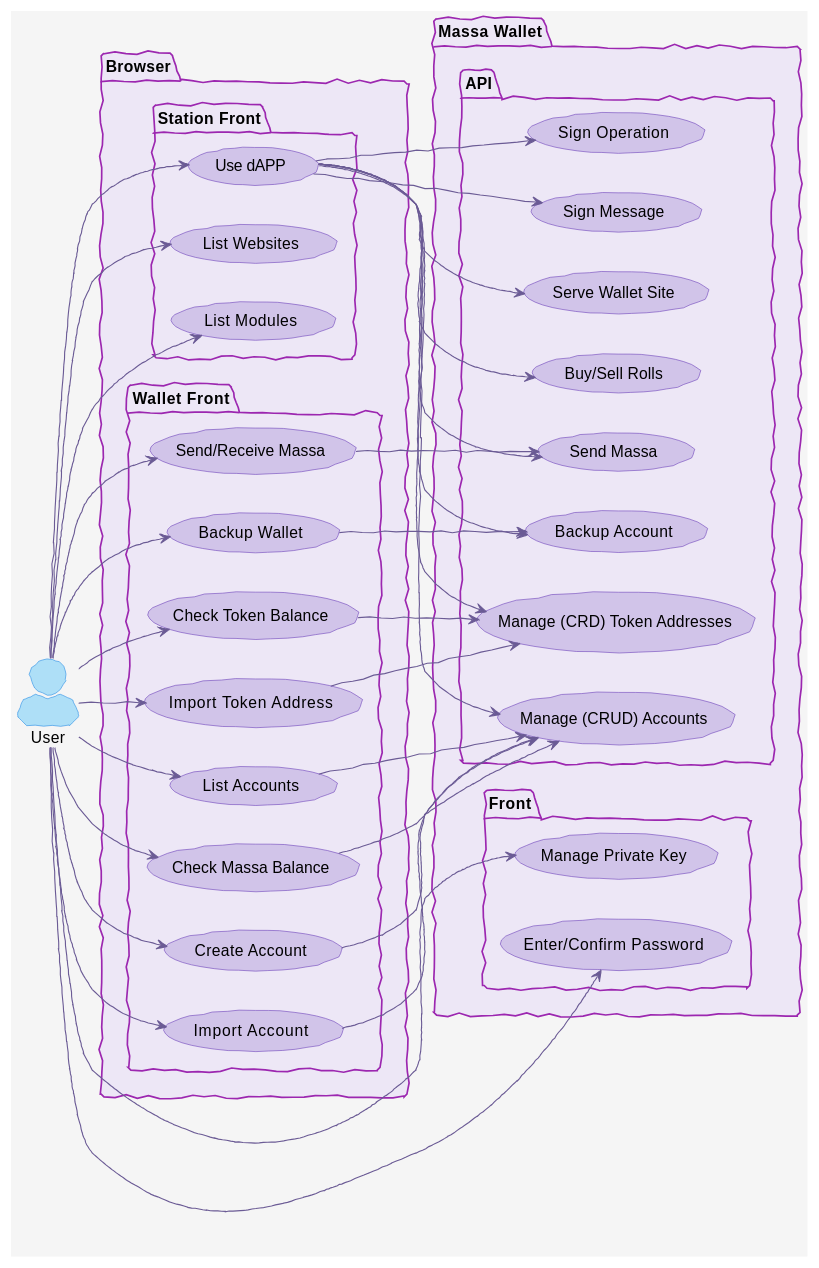
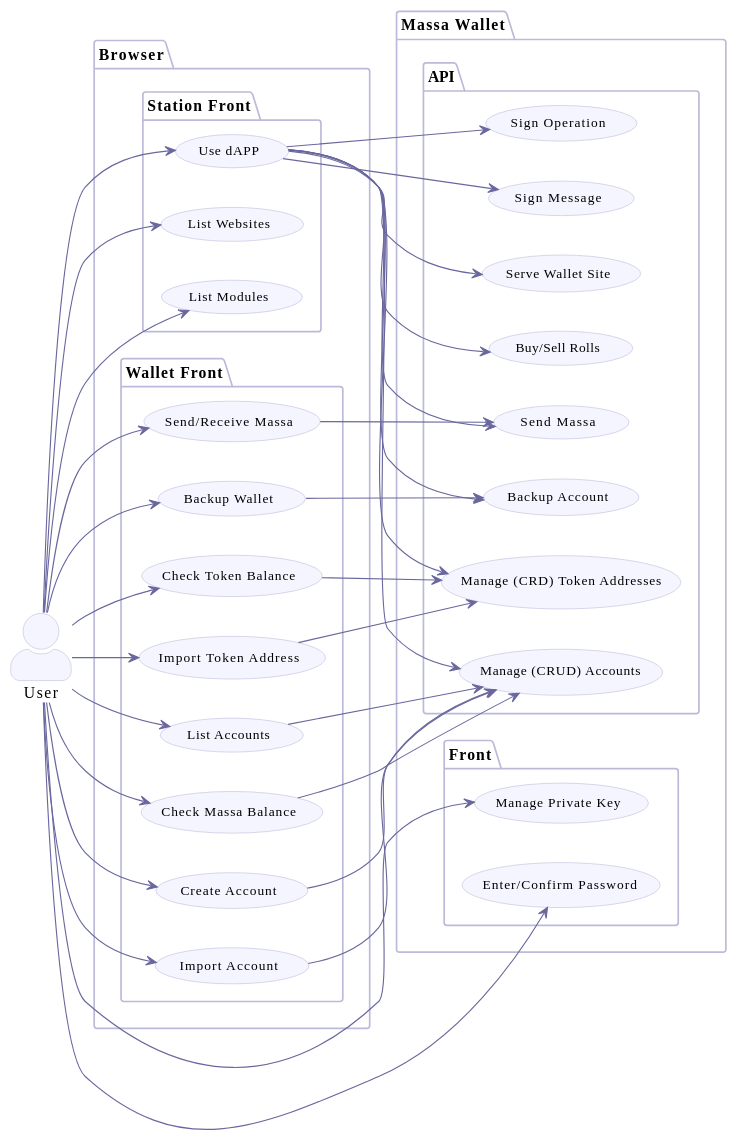
The first of 10 diagrams in documentation/wallet.adoc (massalabs/station-massa-wallet), drawn with PlantUML before and after one commit. The commit also changed other lines of this file and 1 other file, not shown here.

```diff
--- a/documentation/wallet.adoc
+++ b/documentation/wallet.adoc
@@ -105,24 +105,27 @@
 ----
 @startuml
 left to right direction
-skinparam backgroundColor #F5F5F5
-skinparam handwritten true
+
 skinparam actorStyle awesome
 
 skinparam usecase {
-    ArrowColor #6B5B95
-    BackgroundColor #D1C4E9
-    BorderColor #673AB7
+    ArrowColor #69679D
+    BackgroundColor #F5F5FF
+    BorderColor #BBBAD9
+    FontSize 12
+    FontName Poppins
 }
 
 skinparam actor {
-    BackgroundColor #AEDFF7
-    BorderColor #1E88E5
+    BackgroundColor #F5F5FF
+    BorderColor #BBBAD9
+    FontName Poppins
 }
 
 skinparam package {
-    BackgroundColor #EDE7F6
-    BorderColor #9C27B0
+    BackgroundColor #FFFFFF
+    BorderColor #BBBAD9
+    FontName Poppins
 }
 
 actor User as user
```
